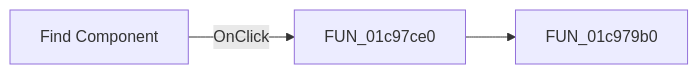
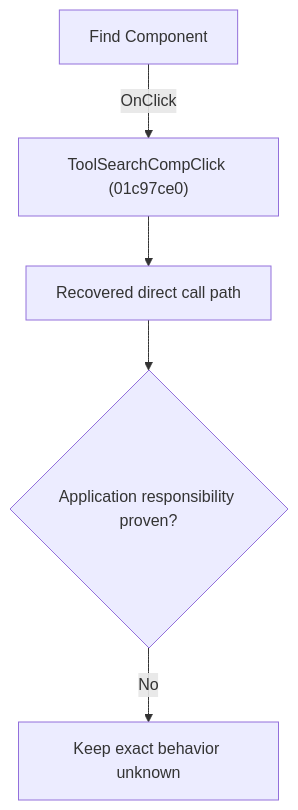
The diagram in docs/ui-controls/schematiceditor/toolsearchcomp-98fe33fe18.md (MovGP0/TIARA), drawn with Mermaid before and after one commit. The commit also changed other lines of this file and 1062 other files, not shown here.

````diff
--- a/docs/ui-controls/schematiceditor/toolsearchcomp-98fe33fe18.md
+++ b/docs/ui-controls/schematiceditor/toolsearchcomp-98fe33fe18.md
@@ -27,5 +27,7 @@
 ```mermaid
-flowchart LR
-    control["Find Component"] -->|OnClick| handler["FUN_01c97ce0"]
-    handler --> call1["FUN_01c979b0"]
+flowchart TD
+    control["Find Component"] -->|"OnClick"| handler["ToolSearchCompClick (01c97ce0)"]
+    handler --> recovered["Recovered direct call path"]
+    recovered --> gap{"Application responsibility proven?"}
+    gap -->|"No"| blocked["Keep exact behavior unknown"]
 ```
````
